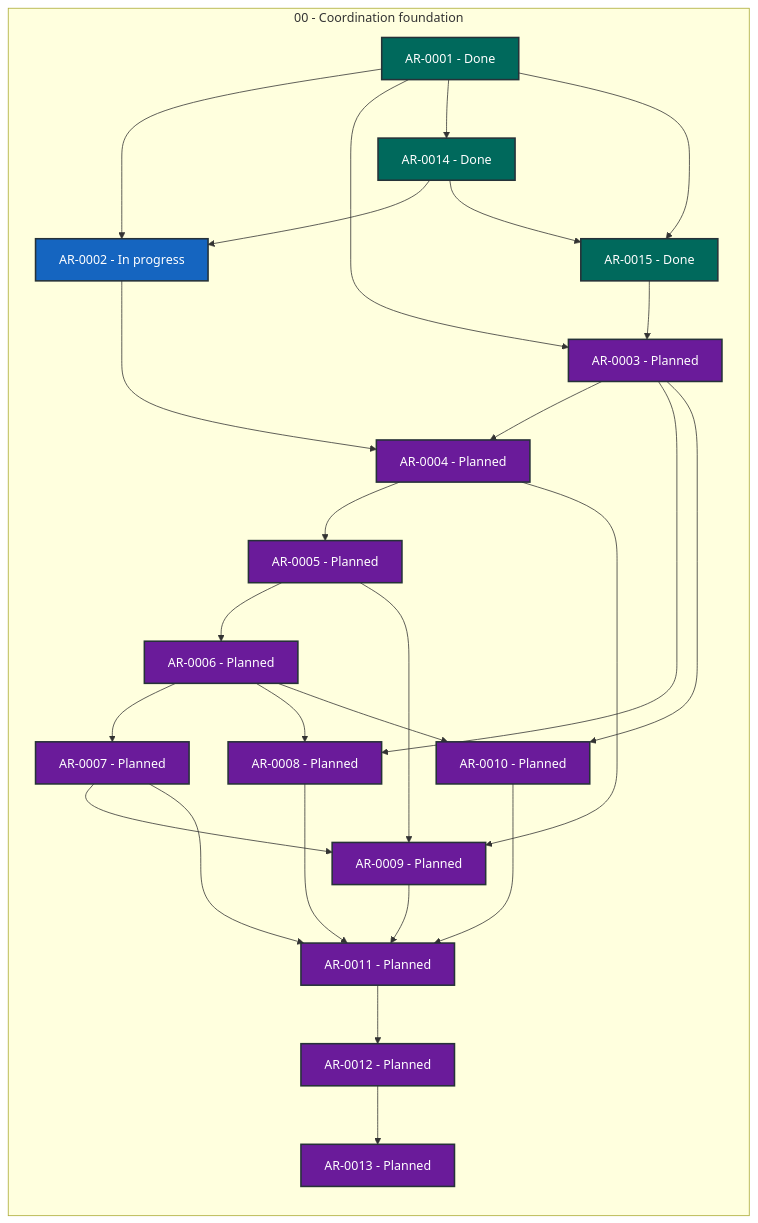
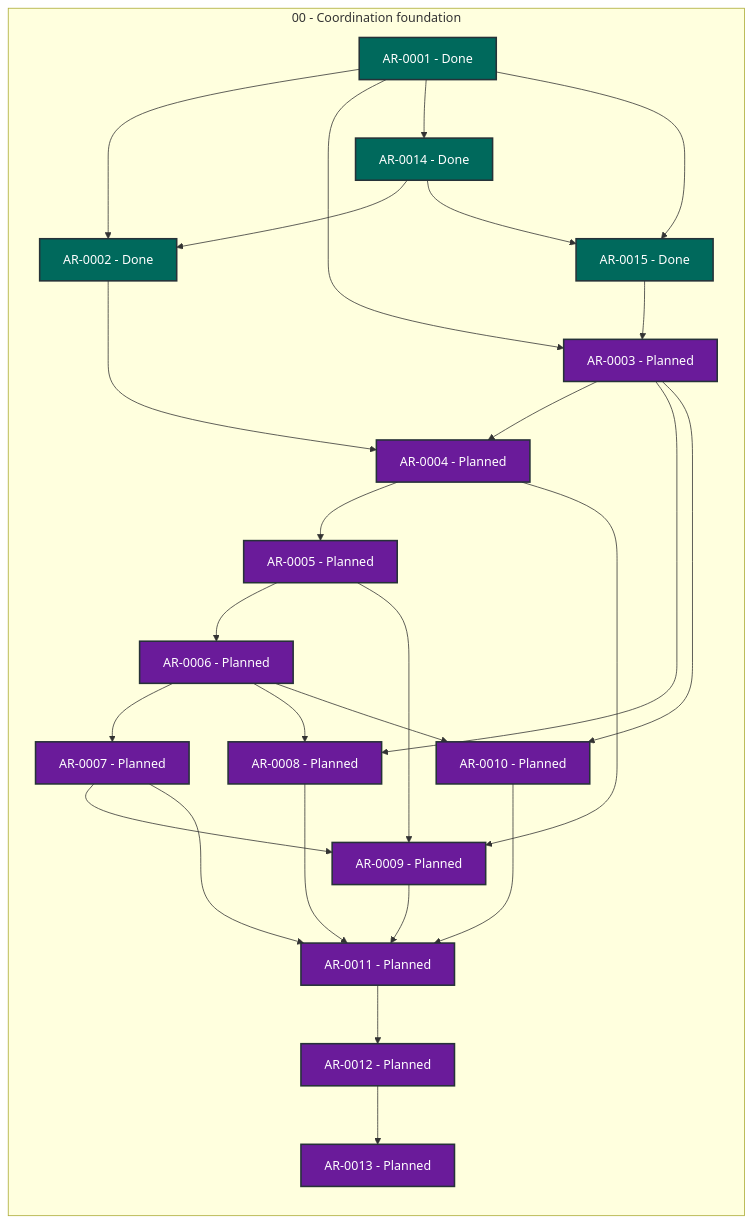
The diagram in STATUS.md (martin-beck/agent-workflow-tui-state), drawn with Mermaid before and after one commit. The commit also changed other lines of this file and 2 other files, not shown here.

````diff
--- a/STATUS.md
+++ b/STATUS.md
@@ -27,54 +27,54 @@
 ```mermaid
 flowchart LR
     subgraph series_00["00 - Coordination foundation"]
         direction TB
         AR_0001["AR-0001 - Done"]:::status_done
-        AR_0002["AR-0002 - In progress"]:::status_in_progress
+        AR_0002["AR-0002 - Done"]:::status_done
         AR_0003["AR-0003 - Planned"]:::status_planned
         AR_0004["AR-0004 - Planned"]:::status_planned
         AR_0005["AR-0005 - Planned"]:::status_planned
         AR_0006["AR-0006 - Planned"]:::status_planned
         AR_0007["AR-0007 - Planned"]:::status_planned
         AR_0008["AR-0008 - Planned"]:::status_planned
         AR_0009["AR-0009 - Planned"]:::status_planned
         AR_0010["AR-0010 - Planned"]:::status_planned
         AR_0011["AR-0011 - Planned"]:::status_planned
         AR_0012["AR-0012 - Planned"]:::status_planned
         AR_0013["AR-0013 - Planned"]:::status_planned
         AR_0014["AR-0014 - Done"]:::status_done
         AR_0015["AR-0015 - Done"]:::status_done
     end
     AR_0001 --> AR_0002
     AR_0001 --> AR_0003
     AR_0001 --> AR_0014
     AR_0001 --> AR_0015
     AR_0002 --> AR_0004
     AR_0003 --> AR_0004
     AR_0003 --> AR_0008
     AR_0003 --> AR_0010
     AR_0004 --> AR_0005
     AR_0004 --> AR_0009
     AR_0005 --> AR_0006
     AR_0005 --> AR_0009
     AR_0006 --> AR_0007
     AR_0006 --> AR_0008
     AR_0006 --> AR_0010
     AR_0007 --> AR_0009
     AR_0007 --> AR_0011
     AR_0008 --> AR_0011
     AR_0009 --> AR_0011
     AR_0010 --> AR_0011
     AR_0011 --> AR_0012
     AR_0012 --> AR_0013
     AR_0014 --> AR_0002
     AR_0014 --> AR_0015
     AR_0015 --> AR_0003
     classDef status_in_progress fill:#1565c0,color:#ffffff,stroke:#263238,stroke-width:2px
     classDef status_open fill:#2e7d32,color:#ffffff,stroke:#263238,stroke-width:2px
     classDef status_blocked fill:#c62828,color:#ffffff,stroke:#263238,stroke-width:2px
     classDef status_planned fill:#6a1b9a,color:#ffffff,stroke:#263238,stroke-width:2px
     classDef status_future fill:#455a64,color:#ffffff,stroke:#263238,stroke-width:2px
     classDef status_done fill:#00695c,color:#ffffff,stroke:#263238,stroke-width:2px
     classDef status_cancelled fill:#616161,color:#ffffff,stroke:#263238,stroke-width:2px
     classDef status_superseded fill:#5d4037,color:#ffffff,stroke:#263238,stroke-width:2px
 ```
````
